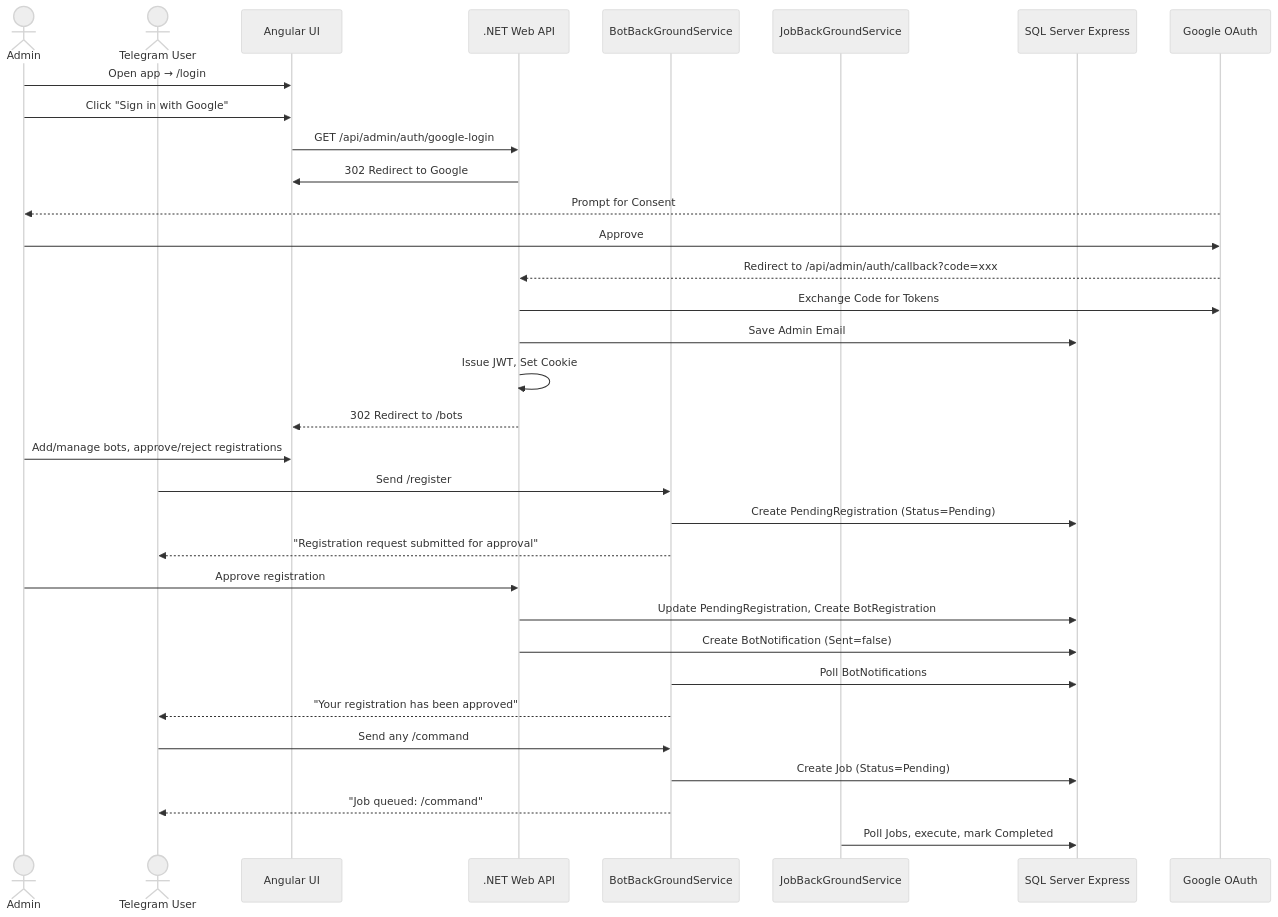
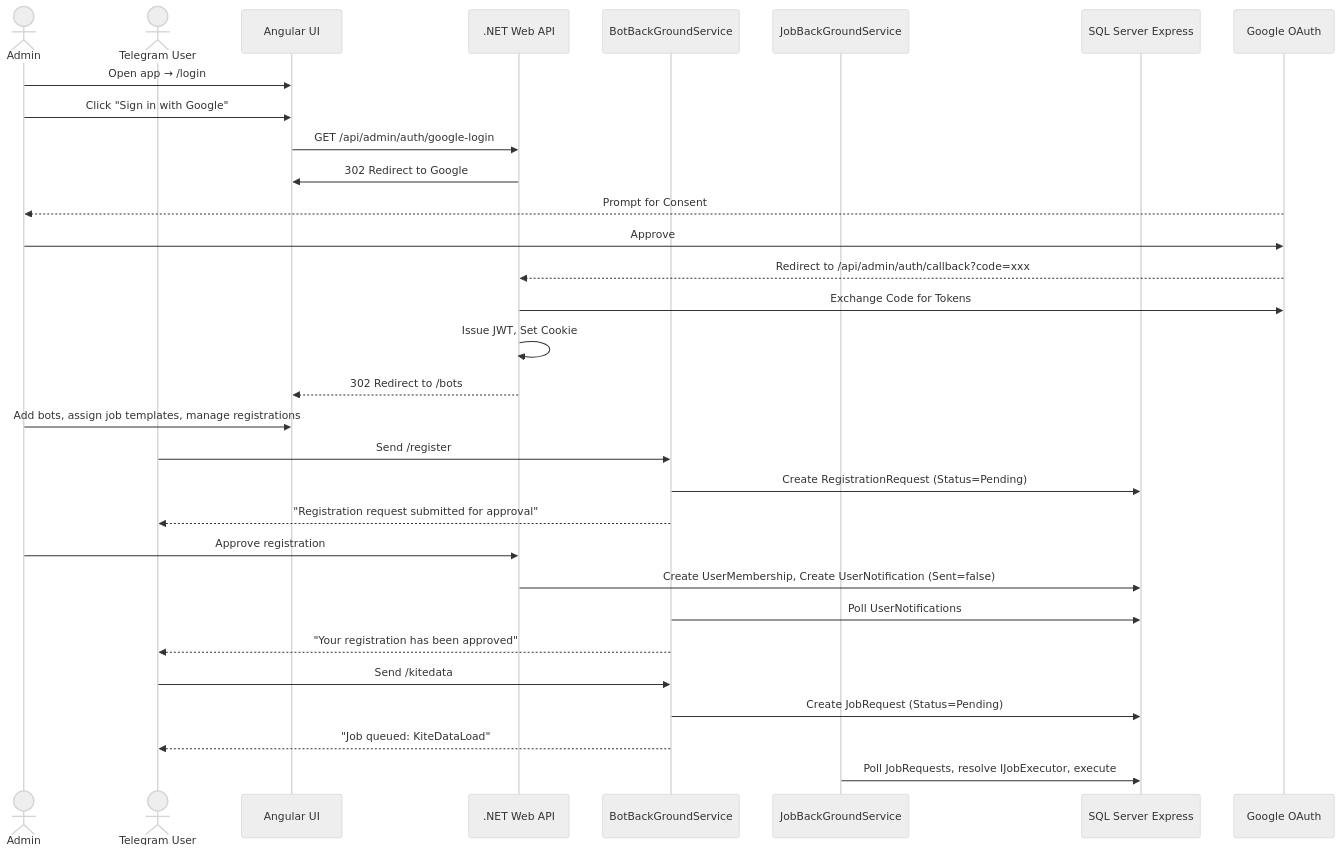
One commit to mayurjp/RemoteAssistant changed the diagram in readme.md. Above: the diagram before and after it, drawn with Mermaid (neutral theme). The commit also changed other lines of this file and 18 other files, not shown here.

First line of the commit message:
Refactor bot registration and job management system

````diff
--- a/readme.md
+++ b/readme.md
@@ -9,40 +9,38 @@
 ```mermaid
 sequenceDiagram
     actor Admin
     actor User as Telegram User
     participant Angular as Angular UI
     participant WebApi as .NET Web API
     participant BotSvc as BotBackGroundService
     participant JobSvc as JobBackGroundService
     participant DB as SQL Server Express
     participant Google as Google OAuth
 
     Admin->>Angular: Open app → /login
     Admin->>Angular: Click "Sign in with Google"
     Angular->>WebApi: GET /api/admin/auth/google-login
     WebApi->>Angular: 302 Redirect to Google
     Google-->>Admin: Prompt for Consent
     Admin->>Google: Approve
     Google-->>WebApi: Redirect to /api/admin/auth/callback?code=xxx
     WebApi->>Google: Exchange Code for Tokens
-    WebApi->>DB: Save Admin Email
     WebApi->>WebApi: Issue JWT, Set Cookie
     WebApi-->>Angular: 302 Redirect to /bots
 
-    Admin->>Angular: Add/manage bots, approve/reject registrations
+    Admin->>Angular: Add bots, assign job templates, manage registrations
 
     User->>BotSvc: Send /register
-    BotSvc->>DB: Create PendingRegistration (Status=Pending)
+    BotSvc->>DB: Create RegistrationRequest (Status=Pending)
     BotSvc-->>User: "Registration request submitted for approval"
 
     Admin->>WebApi: Approve registration
-    WebApi->>DB: Update PendingRegistration, Create BotRegistration
-    WebApi->>DB: Create BotNotification (Sent=false)
-    BotSvc->>DB: Poll BotNotifications
+    WebApi->>DB: Create UserMembership, Create UserNotification (Sent=false)
+    BotSvc->>DB: Poll UserNotifications
     BotSvc-->>User: "Your registration has been approved"
 
-    User->>BotSvc: Send any /command
-    BotSvc->>DB: Create Job (Status=Pending)
-    BotSvc-->>User: "Job queued: /command"
-    JobSvc->>DB: Poll Jobs, execute, mark Completed
+    User->>BotSvc: Send /kitedata
+    BotSvc->>DB: Create JobRequest (Status=Pending)
+    BotSvc-->>User: "Job queued: KiteDataLoad"
+    JobSvc->>DB: Poll JobRequests, resolve IJobExecutor, execute
 ```
````
